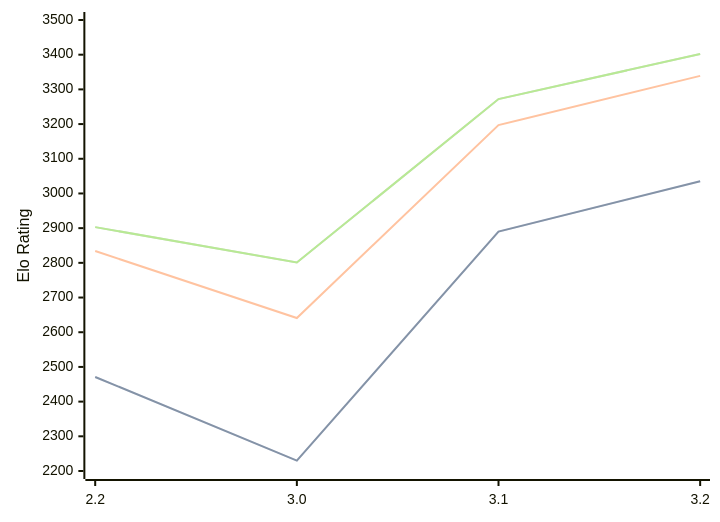
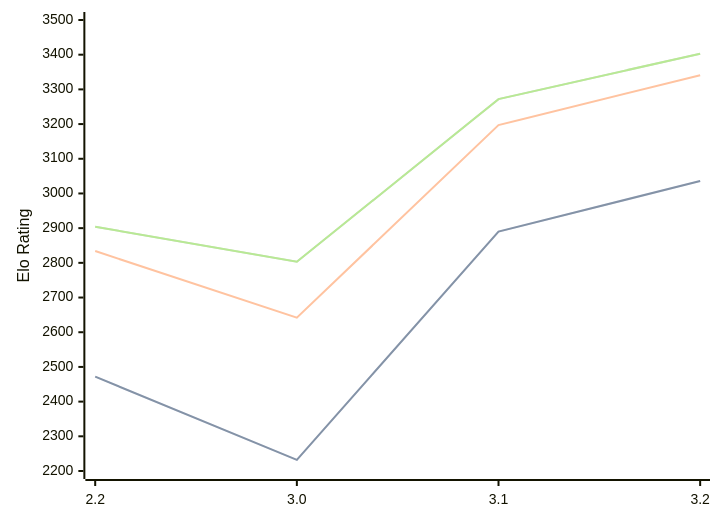
Before and after one commit to computer-chess-index/cci: the diagram in engines/Thrawn.md, drawn with Mermaid. The commit also changed other lines of this file, not shown here.

Commit message:
Update CCI Ratings (ELO VLTC) - 2026-09-14

````diff
--- a/engines/Thrawn.md
+++ b/engines/Thrawn.md
@@ -34,11 +34,11 @@
 ```mermaid
 %%{init: {"theme":"base","themeVariables":{"seriesColors:['#a3a3a3','#222221','#faa371']}}}%%
 xychart-beta
   x-axis ["2.2", "3.0", "3.1", "3.2"]
   y-axis "Elo Rating" 2200 --> 3500
-  line "" [2471, 2230, 2890, 3035]
-  line "STC (8.0+0.08s)" [2471, 2230, 2890, 3035]
-  line "LTC (60.0+0.60s)" [2834, 2641, 3197, 3339]
-  line "" [2903, 2801, 3272, 3402]
-  line "VLTC (2m24s+1.12s)" [2903, 2801, 3272, 3402]
+  line "" [2472, 2232, 2890, 3036]
+  line "STC (8.0+0.08s)" [2472, 2232, 2890, 3036]
+  line "LTC (60.0+0.60s)" [2834, 2642, 3197, 3341]
+  line "" [2904, 2803, 3272, 3403]
+  line "VLTC (2m24s+1.12s)" [2904, 2803, 3272, 3403]
 ```
````
